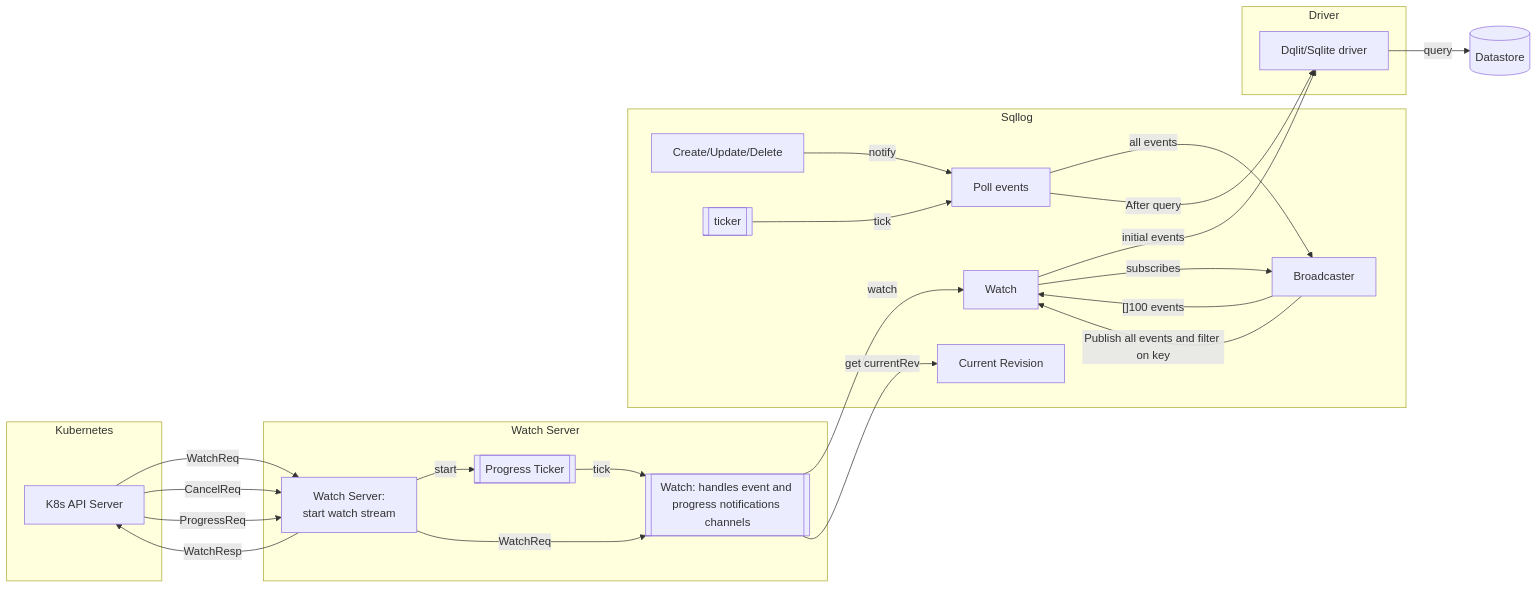
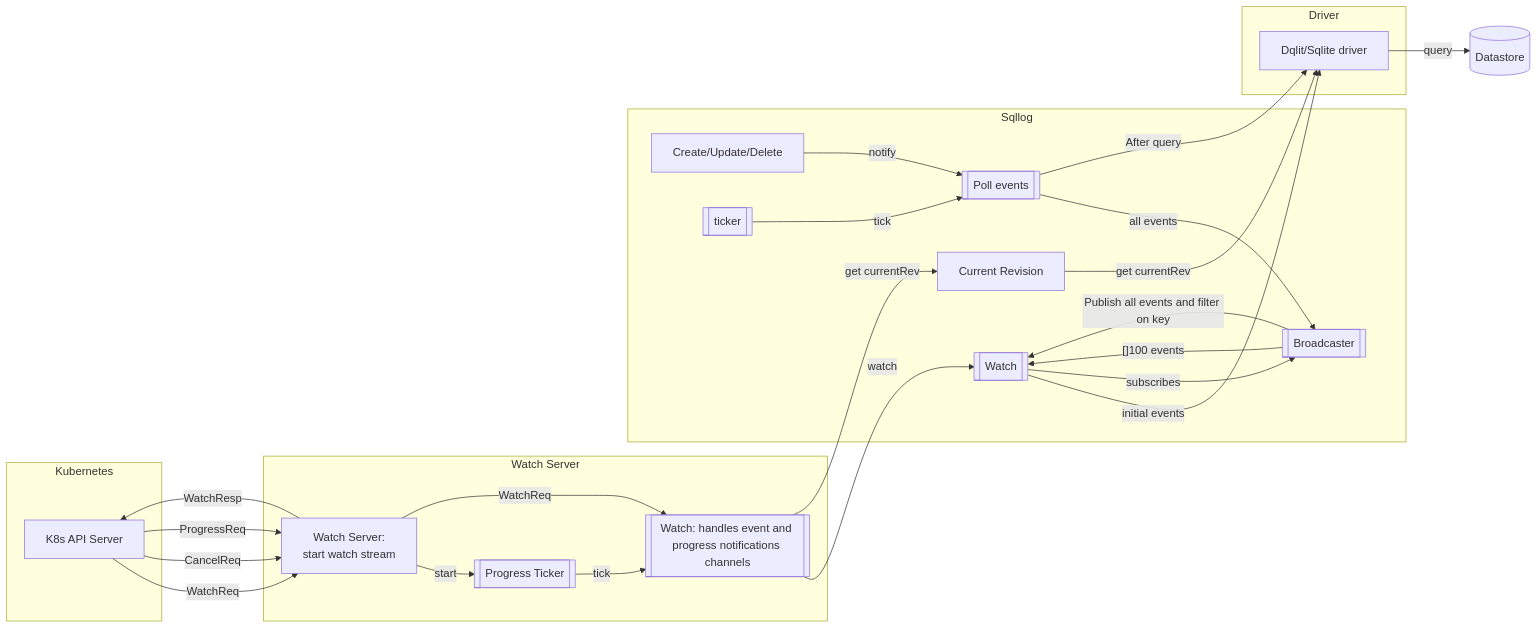
The first of 2 diagrams in docs/adr/002-watch-synchronization.md (canonical/k8s-dqlite), drawn with Mermaid before and after one commit. The commit also changed other lines of this file, not shown here.

Commit message:
few tweaks

````diff
--- a/docs/adr/002-watch-synchronization.md
+++ b/docs/adr/002-watch-synchronization.md
@@ -16,35 +17,36 @@
 ```mermaid
 graph LR
     subgraph Kubernetes
         A[K8s API Server];
     end
         A -- WatchReq --> B[Watch Server: 
         start watch stream];
         A -- CancelReq --> B;
         A -- ProgressReq --> B;
         B -- WatchResp --> A;
     subgraph Watch Server
         B;
         B -- start --> C[[Progress Ticker]]
         C -- tick --> D;
         B -- WatchReq --> D[[Watch: handles event and progress notifications channels]];
     end
-        D -- watch --> E[Watch];
+        D -- watch --> E[[Watch]];
         E -- initial events --> H;
         D -- get currentRev --> F[Current Revision];
     subgraph Sqllog
         E;
         F;
-        E -- subscribes --> G[Broadcaster];
+        E -- subscribes --> G[[Broadcaster]];
         G -- []100 events --> E
-        J[Create/Update/Delete]-- notify --> K[Poll events];
+        J[Create/Update/Delete]-- notify --> K[[Poll events]];
         L[[ticker]] -- tick --> K;
         K -- all events --> G;
         G -- Publish all events and filter on key --> E;
     end
+        F -- get currentRev --> H;
         H[Dqlit/Sqlite driver] -- query --> I[(Datastore)];
     subgraph Driver
         H;
     end
         K -- After query --> H;
 ```
````
